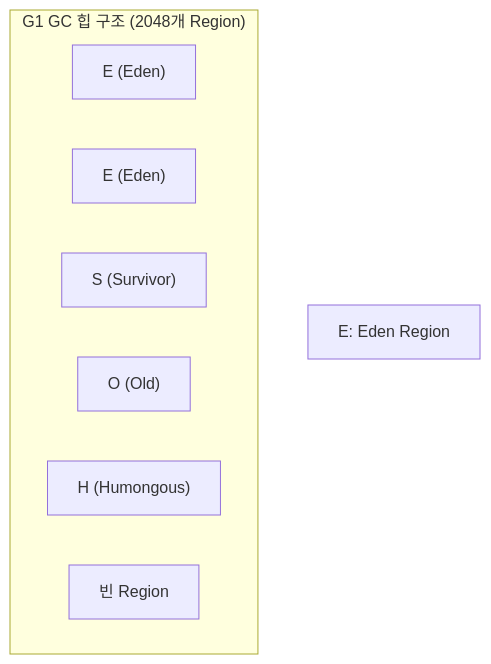
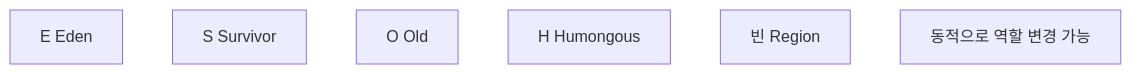
Before and after one commit to yjkim2015/yjkim2015.github.io: diagram 14 of 29 in _posts/java/2026-05-01-java-garbage-collector.md, drawn with Mermaid. The commit also changed other lines of this file and 155 other files, not shown here.

First line of the commit message:
Mermaid 전면 수정: subgraph 제거, participant/노드/줄수 축소 (342블록)

````diff
--- a/_posts/java/2026-05-01-java-garbage-collector.md
+++ b/_posts/java/2026-05-01-java-garbage-collector.md
@@ -287,12 +268,6 @@
 ```mermaid
 graph TD
-    subgraph "G1 GC 힙 구조 (2048개 Region)"
-        R1["E (Eden)"]
-        R2["E (Eden)"]
-        R3["S (Survivor)"]
-        R4["O (Old)"]
-        R5["H (Humongous)"]
-        R6["빈 Region"]
-    end
-    LEGEND["E: Eden Region"]
+    R1["E Eden"] & R2["S Survivor"] & R3["O Old"]
+    R4["H Humongous"] & R5["빈 Region"]
+    LEGEND["동적으로 역할 변경 가능"]
 ```
````
